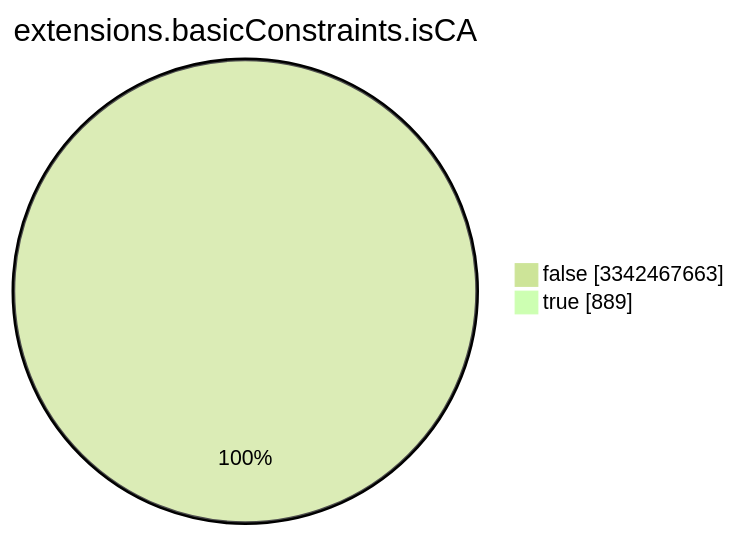
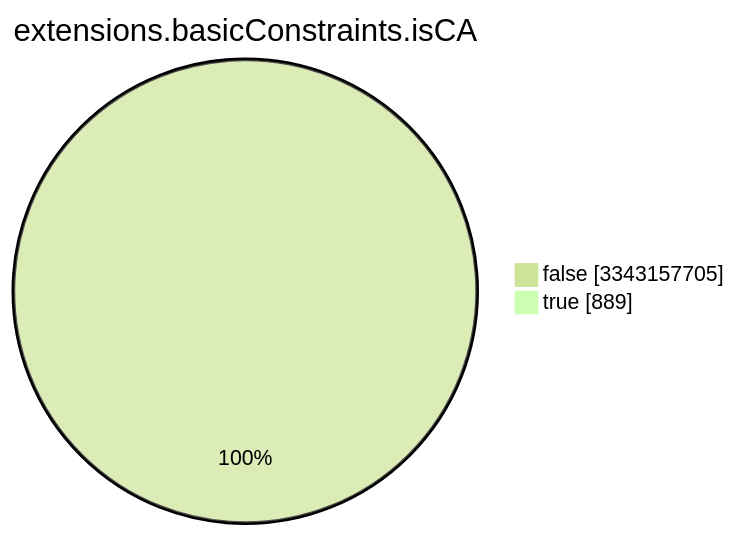
One commit to christiankrug/ctmonitor_visualization changed the seventh of 15 diagrams in TOTAL/README.md. Above: the diagram before and after it, drawn with Mermaid (forest theme). The commit also changed other lines of this file, not shown here.

````diff
--- a/TOTAL/README.md
+++ b/TOTAL/README.md
@@ -3089,6 +3089,6 @@
 ```mermaid
 pie showData
 title extensions.basicConstraints.isCA
-"false" :3342467663
+"false" :3343157705
 "true" :889
 ```
````
